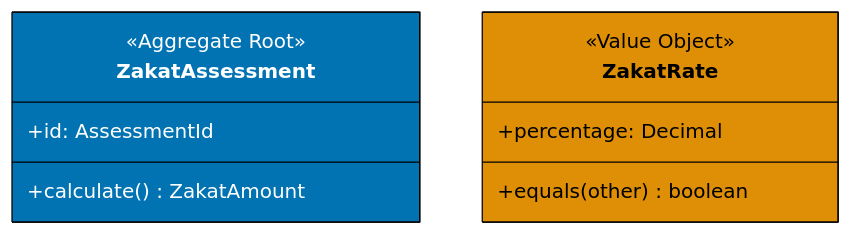
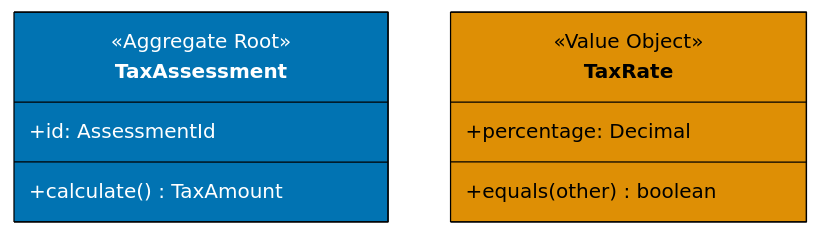
One commit to wahidyankf/open-sharia-enterprise changed the sixth of 9 diagrams in docs/explanation/software/architecture/domain-driven-design-ddd/templates/ex-so-ar-dodrdedd-te__color-palette.md. Above: the diagram before and after it, drawn with Mermaid. The commit also changed other lines of this file and 94 other files, not shown here.

````diff
--- a/docs/explanation/software/architecture/domain-driven-design-ddd/templates/ex-so-ar-dodrdedd-te__color-palette.md
+++ b/docs/explanation/software/architecture/domain-driven-design-ddd/templates/ex-so-ar-dodrdedd-te__color-palette.md
@@ -153,16 +153,16 @@
 ```mermaid
 classDiagram
-    class ZakatAssessment {
+    class TaxAssessment {
         <<Aggregate Root>>
         +id: AssessmentId
-        +calculate() ZakatAmount
+        +calculate() TaxAmount
     }
-    style ZakatAssessment fill:#0173B2,stroke:#000,color:#FFFFFF
+    style TaxAssessment fill:#0173B2,stroke:#000,color:#FFFFFF
 
-    class ZakatRate {
+    class TaxRate {
         <<Value Object>>
         +percentage: Decimal
         +equals(other) boolean
     }
-    style ZakatRate fill:#DE8F05,stroke:#000,color:#000000
+    style TaxRate fill:#DE8F05,stroke:#000,color:#000000
 ```
````
